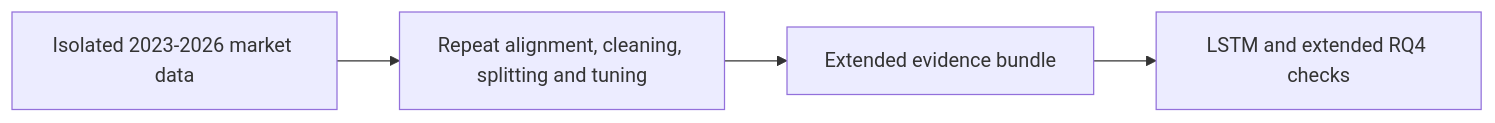
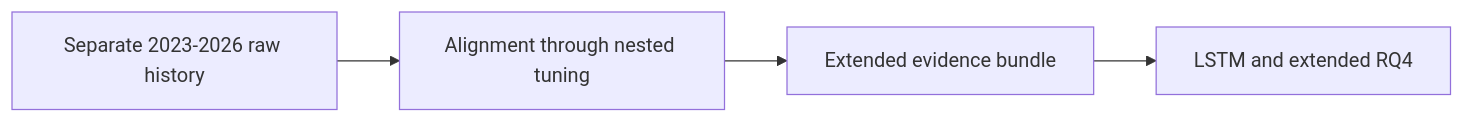
Before and after one commit to Ferreter/Dissertation: the diagram in docs/notebooks/10_extended_2023_2026_full_pipeline.md, drawn with Mermaid. The commit also changed other lines of this file and 27 other files, not shown here.

````diff
--- a/docs/notebooks/10_extended_2023_2026_full_pipeline.md
+++ b/docs/notebooks/10_extended_2023_2026_full_pipeline.md
@@ -12,6 +13,6 @@
 ```mermaid
 flowchart LR
-    A["Isolated 2023-2026 market data"] --> B["Repeat alignment, cleaning, splitting and tuning"]
+    A["Separate 2023-2026 raw history"] --> B["Alignment through nested tuning"]
     B --> C["Extended evidence bundle"]
-    C --> D["LSTM and extended RQ4 checks"]
+    C --> D["LSTM and extended RQ4"]
 ```
````
